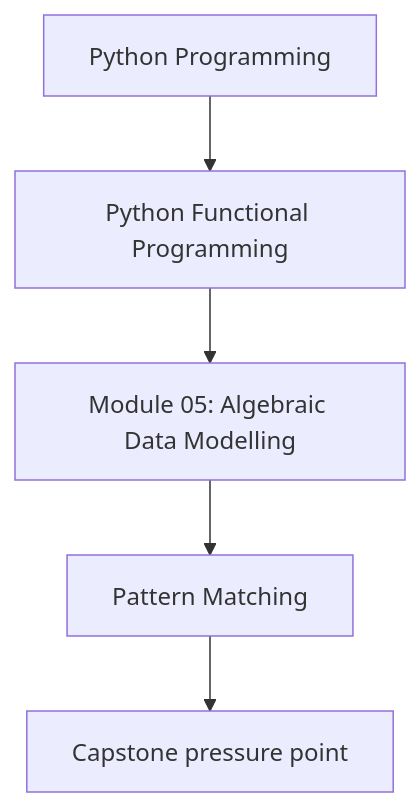
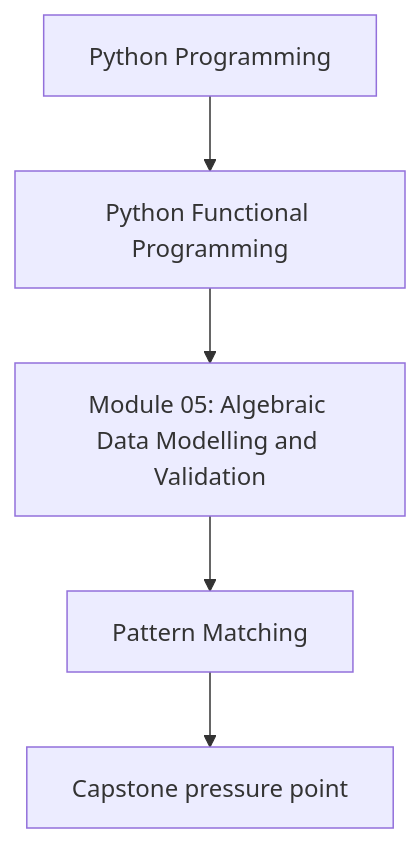
Before and after one commit to bijux/bijux-masterclass: the first of 2 diagrams in programs/python-programming/python-functional-programming/course-book/module-05-algebraic-data-modelling/pattern-matching.md, drawn with Mermaid. The commit also changed 241 other files, not shown here.

````diff
--- a/programs/python-programming/python-functional-programming/course-book/module-05-algebraic-data-modelling/pattern-matching.md
+++ b/programs/python-programming/python-functional-programming/course-book/module-05-algebraic-data-modelling/pattern-matching.md
@@ -7,7 +7,7 @@
 ```mermaid
 flowchart TD
   family["Python Programming"] --> program["Python Functional Programming"]
-  program --> module["Module 05: Algebraic Data Modelling"]
+  program --> module["Module 05: Algebraic Data Modelling and Validation"]
   module --> concept["Pattern Matching"]
   concept --> capstone["Capstone pressure point"]
 ```
````
